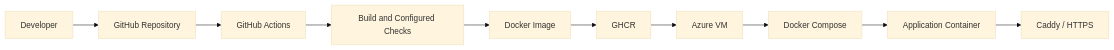
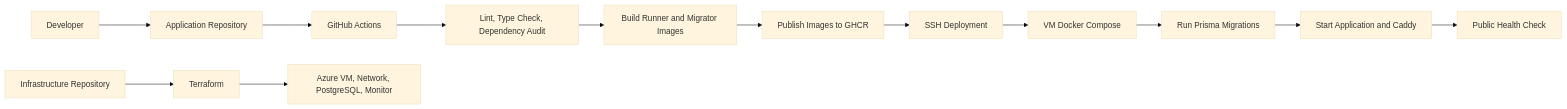
One commit to Thiranjshan/CelizLK changed the second of 2 diagrams in README.md. Above: the diagram before and after it, drawn with Mermaid (base theme). The commit also changed other lines of this file and 1 other file, not shown here.

Commit message:
docs: update deployment and infrastructure README

````diff
--- a/README.md
+++ b/README.md
@@ -118,12 +128,15 @@
 ```mermaid
 flowchart LR
-    Developer[Developer] --> Repo[GitHub Repository]
-    Repo --> Actions[GitHub Actions]
-    Actions --> Checks[Build and Configured Checks]
-    Checks --> Image[Docker Image]
-    Image --> Registry[GHCR]
-    Registry --> VM[Azure VM]
-    VM --> Compose[Docker Compose]
-    Compose --> App[Application Container]
-    App --> Proxy[Caddy / HTTPS]
+    Developer[Developer] --> AppRepo[Application Repository]
+    AppRepo --> Actions[GitHub Actions]
+    Actions --> Checks[Lint, Type Check, Dependency Audit]
+    Checks --> Build[Build Runner and Migrator Images]
+    Build --> Registry[Publish Images to GHCR]
+    Registry --> Deploy[SSH Deployment]
+    Deploy --> Compose[VM Docker Compose]
+    Compose --> Migrate[Run Prisma Migrations]
+    Migrate --> Start[Start Application and Caddy]
+    Start --> Verify[Public Health Check]
+    InfraRepo[Infrastructure Repository] --> Terraform[Terraform]
+    Terraform --> Azure[Azure VM, Network, PostgreSQL, Monitor]
 ```
````
